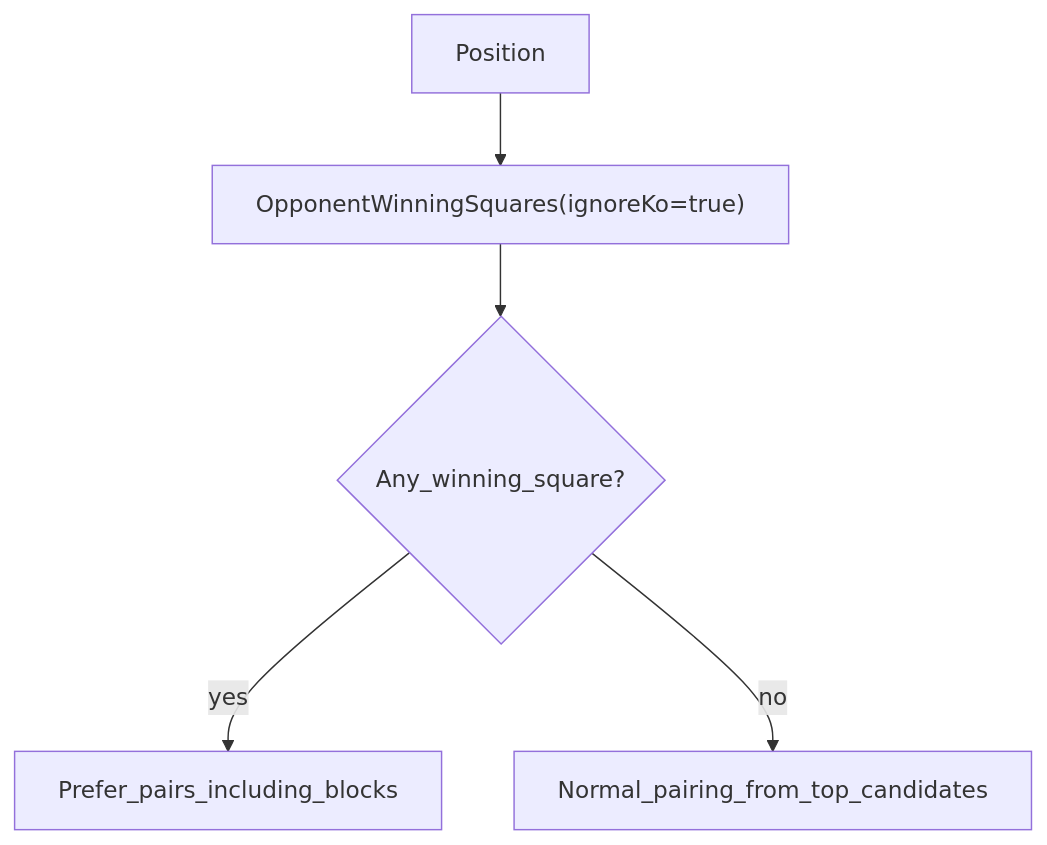
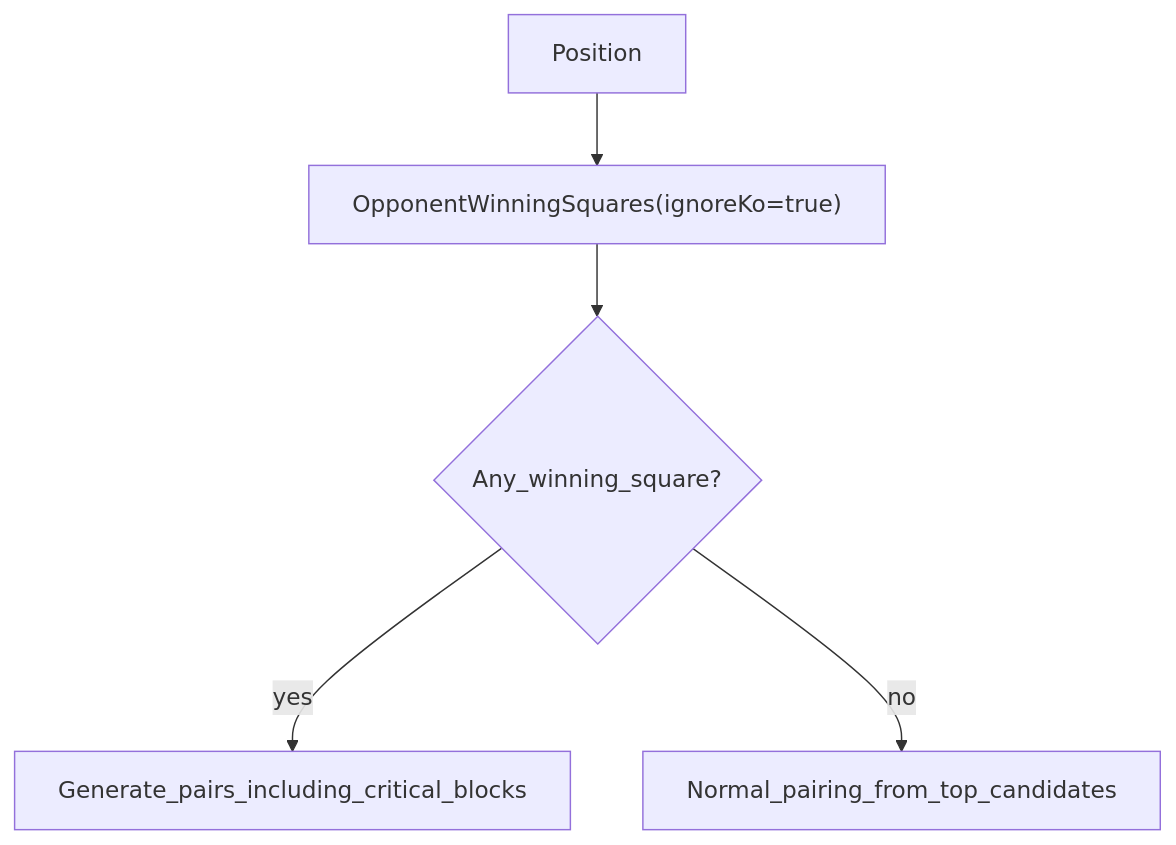
One commit to qb20nh/grr changed the fifth of 12 diagrams in docs/ai_movement_strategy.md. Above: the diagram before and after it, drawn with Mermaid. The commit also changed other lines of this file and 27 other files, not shown here.

````diff
--- a/docs/ai_movement_strategy.md
+++ b/docs/ai_movement_strategy.md
@@ -99,7 +112,7 @@
 ```mermaid
 flowchart TD
   pos["Position"] --> oppWins["OpponentWinningSquares(ignoreKo=true)"]
   oppWins --> mustBlock{"Any_winning_square?"}
-  mustBlock -->|yes| forceBlocks["Prefer_pairs_including_blocks"]
+  mustBlock -->|yes| forceBlocks["Generate_pairs_including_critical_blocks"]
   mustBlock -->|no| normal["Normal_pairing_from_top_candidates"]
 ```
````
